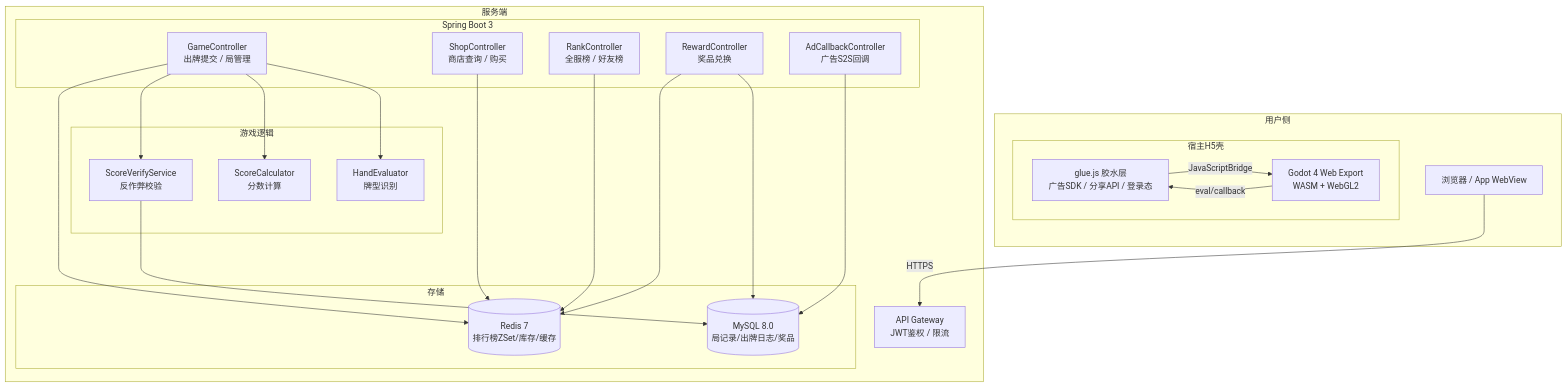
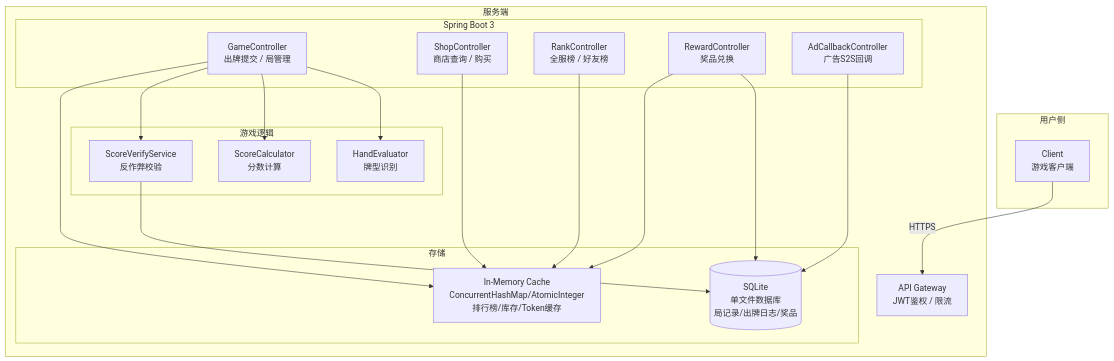
Before and after one commit to Lwin993/my-poker-roguelike: the first of 8 diagrams in docs/poker_roguelike_tech_spec.md, drawn with Mermaid. The commit also changed other lines of this file and 62 other files, not shown here.

````diff
--- a/docs/poker_roguelike_tech_spec.md
+++ b/docs/poker_roguelike_tech_spec.md
@@ -11,44 +13,38 @@
 ```mermaid
 graph TB
     subgraph 用户侧
-        Browser[浏览器 / App WebView]
-        subgraph 宿主H5壳
-            JS[glue.js 胶水层<br/>广告SDK / 分享API / 登录态]
-            Godot[Godot 4 Web Export<br/>WASM + WebGL2]
-        end
-        JS -- JavaScriptBridge --> Godot
-        Godot -- eval/callback --> JS
+        Client[Client<br/>游戏客户端]
     end
 
     subgraph 服务端
         Gateway[API Gateway<br/>JWT鉴权 / 限流]
         subgraph Spring Boot 3
             GameAPI[GameController<br/>出牌提交 / 局管理]
             ShopAPI[ShopController<br/>商店查询 / 购买]
             RankAPI[RankController<br/>全服榜 / 好友榜]
             RewardAPI[RewardController<br/>奖品兑换]
             AdCallback[AdCallbackController<br/>广告S2S回调]
         end
         subgraph 游戏逻辑
             HandEval[HandEvaluator<br/>牌型识别]
             ScoreCalc[ScoreCalculator<br/>分数计算]
             ScoreVerify[ScoreVerifyService<br/>反作弊校验]
         end
         subgraph 存储
-            MySQL[(MySQL 8.0<br/>局记录/出牌日志/奖品)]
-            Redis[(Redis 7<br/>排行榜ZSet/库存/缓存)]
+            SQLite[(SQLite<br/>单文件数据库<br/>局记录/出牌日志/奖品)]
+            InMem[In-Memory Cache<br/>ConcurrentHashMap/AtomicInteger<br/>排行榜/库存/Token缓存]
         end
     end
 
-    Browser -- HTTPS --> Gateway
+    Client -- HTTPS --> Gateway
     GameAPI --> HandEval
     GameAPI --> ScoreCalc
     GameAPI --> ScoreVerify
-    ScoreVerify --> MySQL
-    GameAPI --> Redis
-    ShopAPI --> Redis
-    RankAPI --> Redis
-    RewardAPI --> MySQL
-    RewardAPI --> Redis
-    AdCallback --> MySQL
+    ScoreVerify --> SQLite
+    GameAPI --> InMem
+    ShopAPI --> InMem
+    RankAPI --> InMem
+    RewardAPI --> SQLite
+    RewardAPI --> InMem
+    AdCallback --> SQLite
 ```
````
